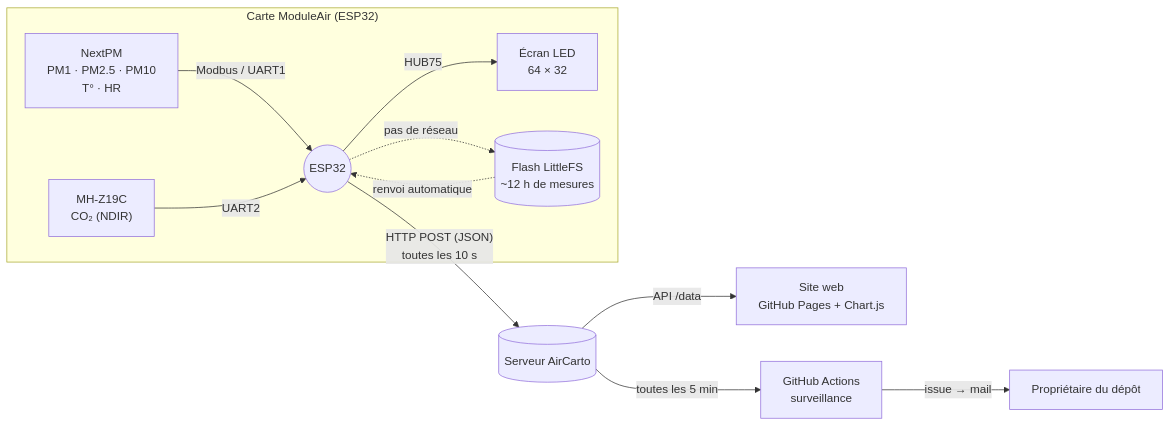
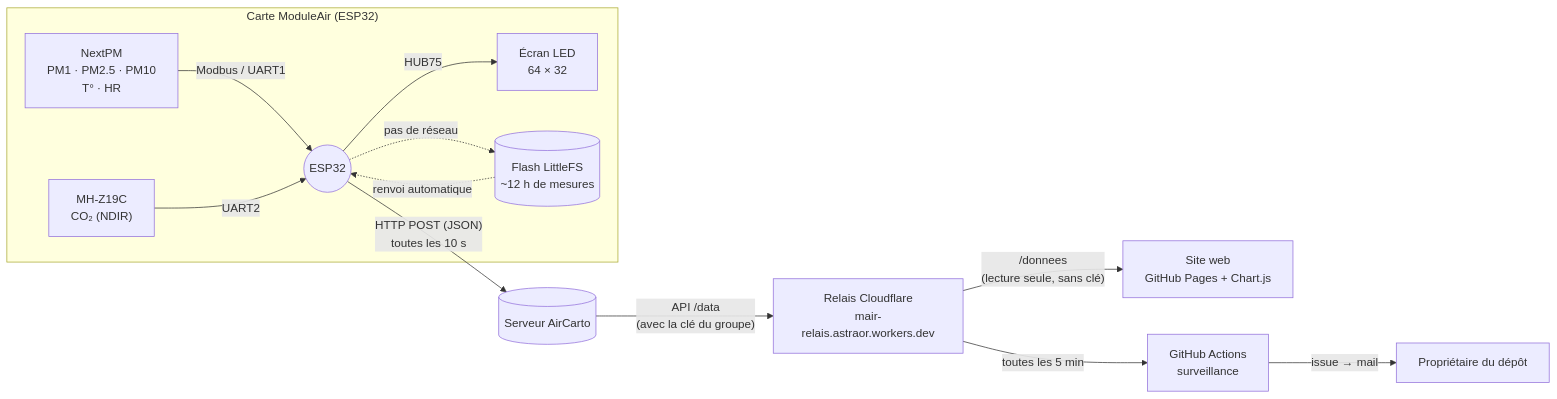
The diagram in README.md (Astraor/0Capteur_Interne_Qualite_Air), drawn with Mermaid before and after one commit. The commit also changed other lines of this file and 4 other files, not shown here.

First line of the commit message:
Site : accueil en 01 (00 à 04), défilement par crans, mode jeu réglable, incertitudes, seuils des graphes, sources

````diff
--- a/README.md
+++ b/README.md
@@ -27,14 +27,15 @@
 ```mermaid
 flowchart LR
     subgraph Carte["Carte ModuleAir (ESP32)"]
         PM["NextPM<br/>PM1 · PM2.5 · PM10<br/>T° · HR"] -- Modbus / UART1 --> ESP((ESP32))
         CO2["MH-Z19C<br/>CO₂ (NDIR)"] -- UART2 --> ESP
         ESP -- HUB75 --> LED["Écran LED<br/>64 × 32"]
         ESP -. pas de réseau .-> FS[("Flash LittleFS<br/>~12 h de mesures")]
         FS -. renvoi automatique .-> ESP
     end
     ESP -- "HTTP POST (JSON)<br/>toutes les 10 s" --> API[("Serveur AirCarto")]
-    API -- "API /data" --> SITE["Site web<br/>GitHub Pages + Chart.js"]
-    API -- "toutes les 5 min" --> GHA["GitHub Actions<br/>surveillance"]
+    API -- "API /data<br/>(avec la clé du groupe)" --> RELAIS["Relais Cloudflare<br/>mair-relais.astraor.workers.dev"]
+    RELAIS -- "/donnees<br/>(lecture seule, sans clé)" --> SITE["Site web<br/>GitHub Pages + Chart.js"]
+    RELAIS -- "toutes les 5 min" --> GHA["GitHub Actions<br/>surveillance"]
     GHA -- "issue → mail" --> MAIL["Propriétaire du dépôt"]
 ```
````
